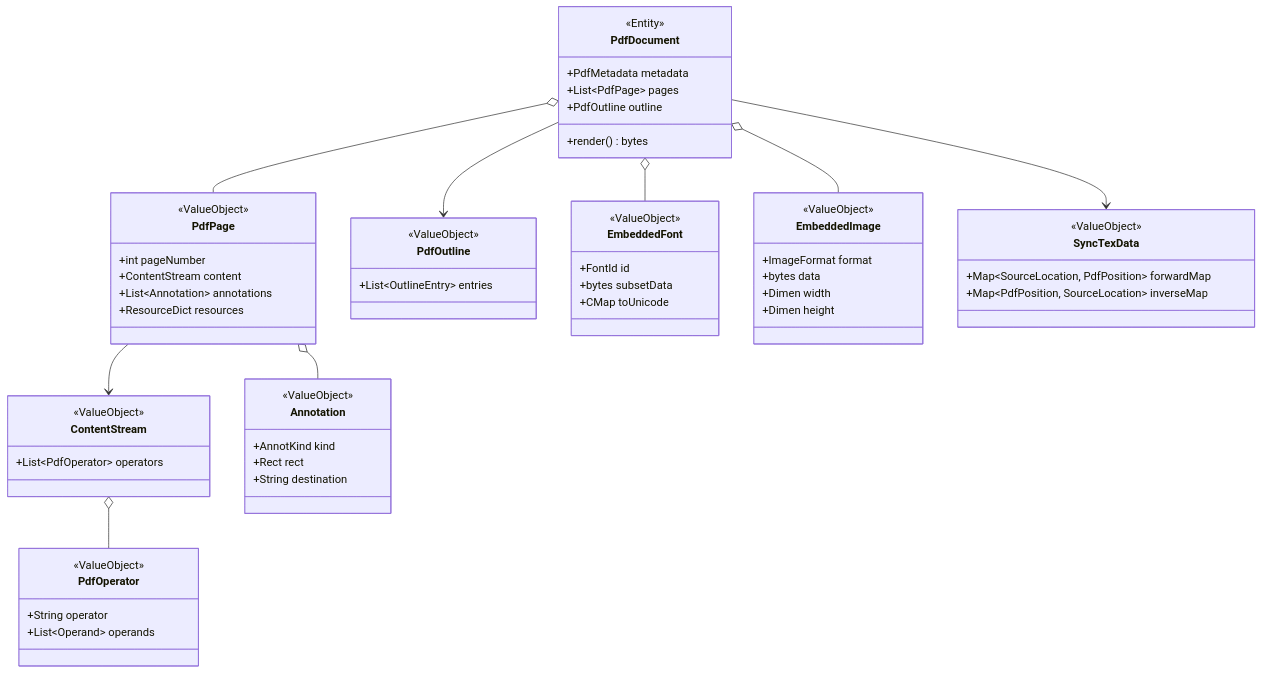
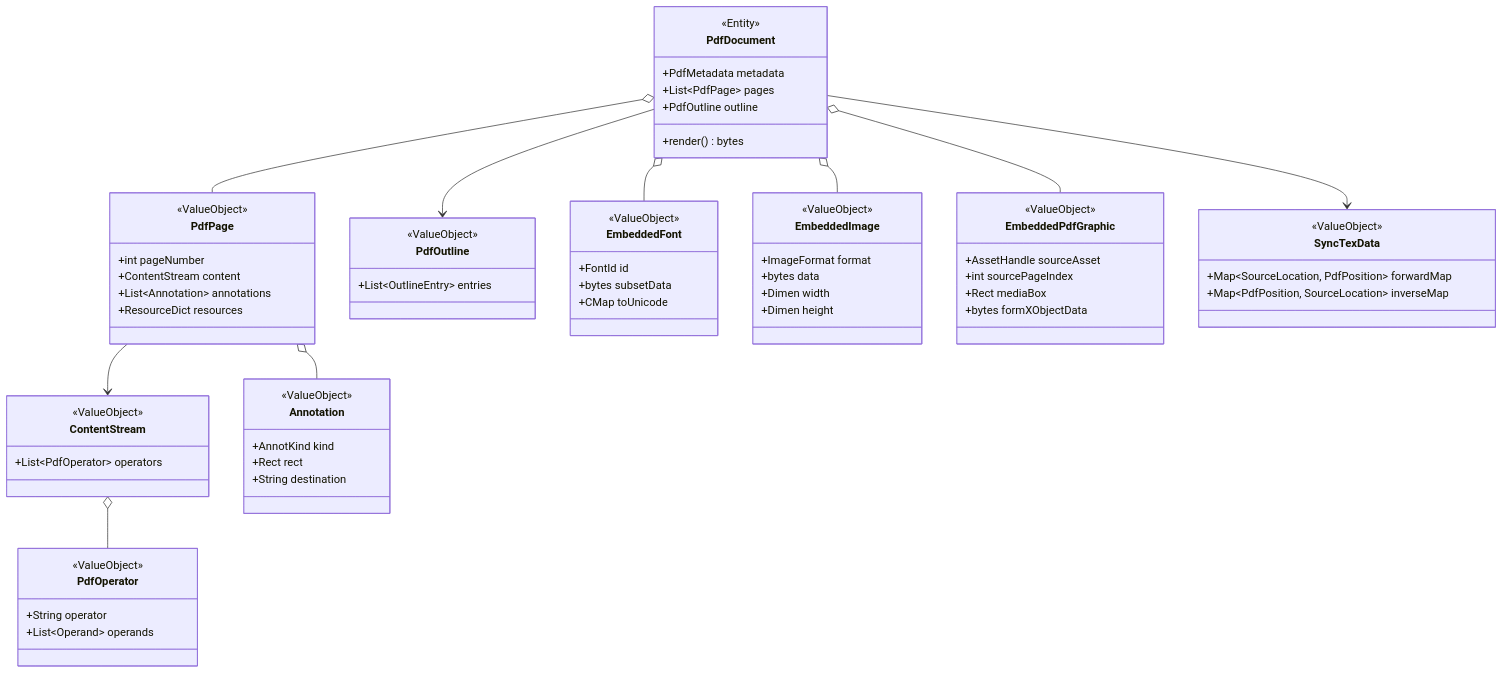
The seventh of 12 diagrams in docs/domain_model.md (RK0429/ferritex), drawn with Mermaid before and after one commit. The commit also changed other lines of this file and 1 other file, not shown here.

````diff
--- a/docs/domain_model.md
+++ b/docs/domain_model.md
@@ -642,63 +655,71 @@
 ```mermaid
 classDiagram
     class PdfDocument {
         <<Entity>>
         +PdfMetadata metadata
         +List~PdfPage~ pages
         +PdfOutline outline
         +render() bytes
     }
     class PdfPage {
         <<ValueObject>>
         +int pageNumber
         +ContentStream content
         +List~Annotation~ annotations
         +ResourceDict resources
     }
     class ContentStream {
         <<ValueObject>>
         +List~PdfOperator~ operators
     }
     class PdfOperator {
         <<ValueObject>>
         +String operator
         +List~Operand~ operands
     }
     class Annotation {
         <<ValueObject>>
         +AnnotKind kind
         +Rect rect
         +String destination
     }
     class PdfOutline {
         <<ValueObject>>
         +List~OutlineEntry~ entries
     }
     class EmbeddedFont {
         <<ValueObject>>
         +FontId id
         +bytes subsetData
         +CMap toUnicode
     }
     class EmbeddedImage {
         <<ValueObject>>
         +ImageFormat format
         +bytes data
         +Dimen width
         +Dimen height
     }
+    class EmbeddedPdfGraphic {
+        <<ValueObject>>
+        +AssetHandle sourceAsset
+        +int sourcePageIndex
+        +Rect mediaBox
+        +bytes formXObjectData
+    }
     class SyncTexData {
         <<ValueObject>>
         +Map~SourceLocation, PdfPosition~ forwardMap
         +Map~PdfPosition, SourceLocation~ inverseMap
     }
 
     PdfDocument o-- PdfPage
     PdfDocument --> PdfOutline
     PdfDocument --> SyncTexData
     PdfPage --> ContentStream
     PdfPage o-- Annotation
     ContentStream o-- PdfOperator
     PdfDocument o-- EmbeddedFont
     PdfDocument o-- EmbeddedImage
+    PdfDocument o-- EmbeddedPdfGraphic
 ```
````
